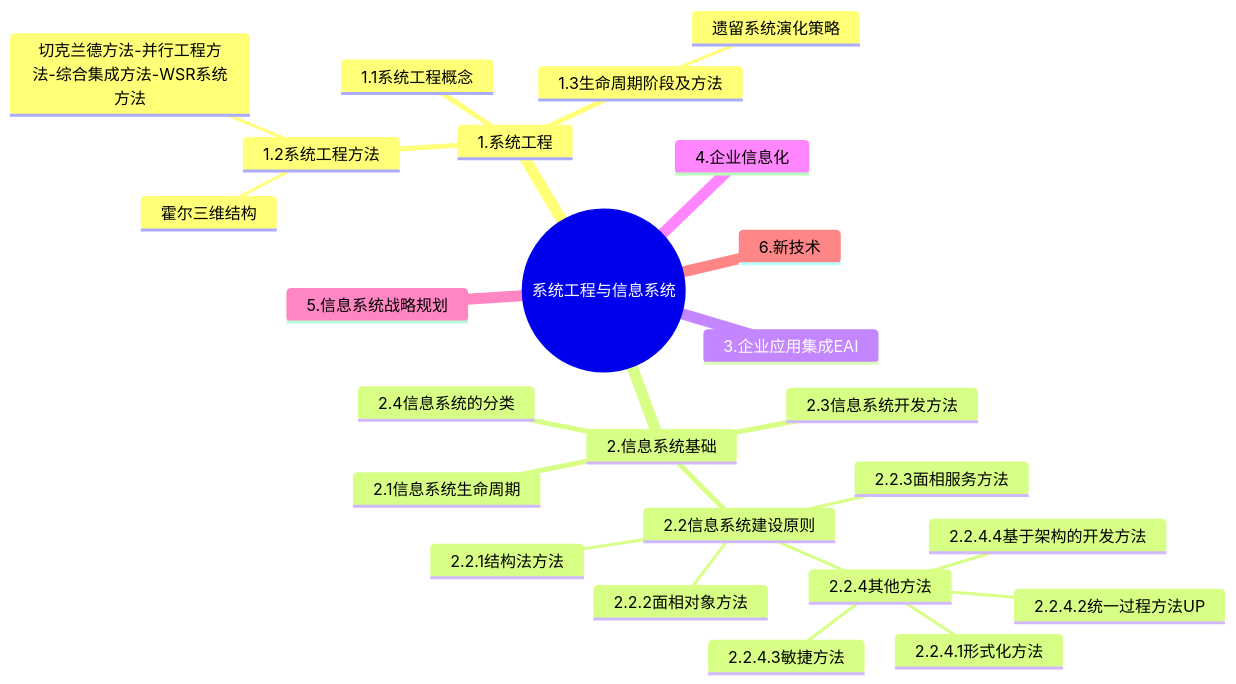
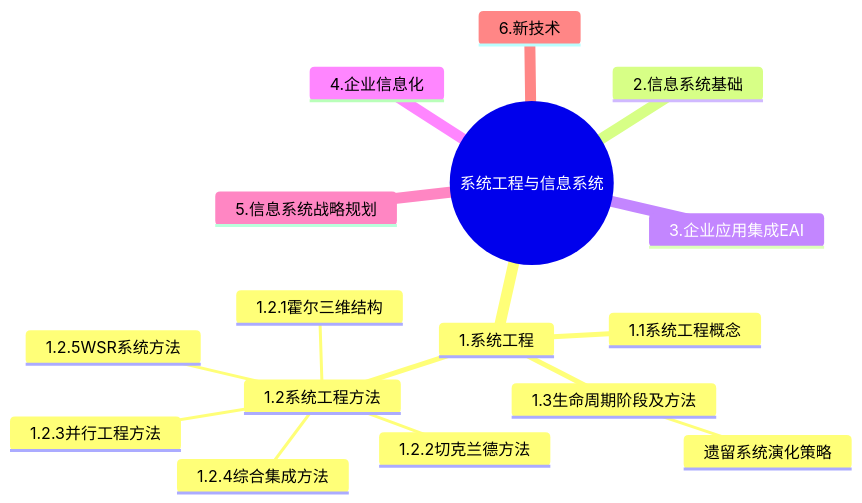
One commit to AaronYang0628/docs changed the first of 2 diagrams in content/RunKao/notes/Systems_Engineering.md. Above: the diagram before and after it, drawn with Mermaid. The commit also changed other lines of this file and 3 other files, not shown here.

````diff
--- a/content/RunKao/notes/Systems_Engineering.md
+++ b/content/RunKao/notes/Systems_Engineering.md
@@ -7,28 +7,19 @@
 ```mermaid
 mindmap
   root((系统工程与信息系统))
     1.系统工程
       1.1系统工程概念
       1.2系统工程方法
-        霍尔三维结构
-        切克兰德方法-并行工程方法-综合集成方法-WSR系统方法
+        1.2.1霍尔三维结构
+        1.2.2切克兰德方法
+        1.2.3并行工程方法
+        1.2.4综合集成方法
+        1.2.5WSR系统方法
       1.3生命周期阶段及方法
         遗留系统演化策略
     2.信息系统基础
-      2.1信息系统生命周期
-      2.2信息系统建设原则
-        2.2.1结构法方法
-        2.2.2面相对象方法
-        2.2.3面相服务方法
-        2.2.4其他方法
-          2.2.4.1形式化方法
-          2.2.4.2统一过程方法UP
-          2.2.4.3敏捷方法
-          2.2.4.4基于架构的开发方法
-      2.3信息系统开发方法
-      2.4信息系统的分类
     3.企业应用集成EAI
     4.企业信息化
     5.信息系统战略规划
     6.新技术
 ```
````
